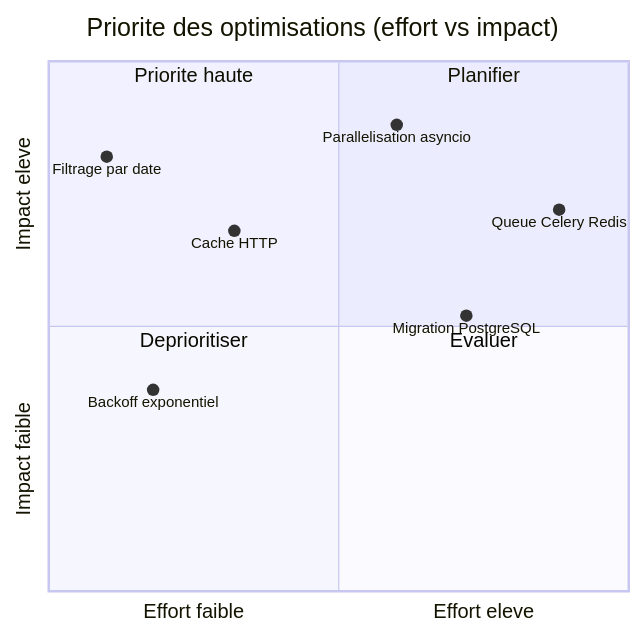
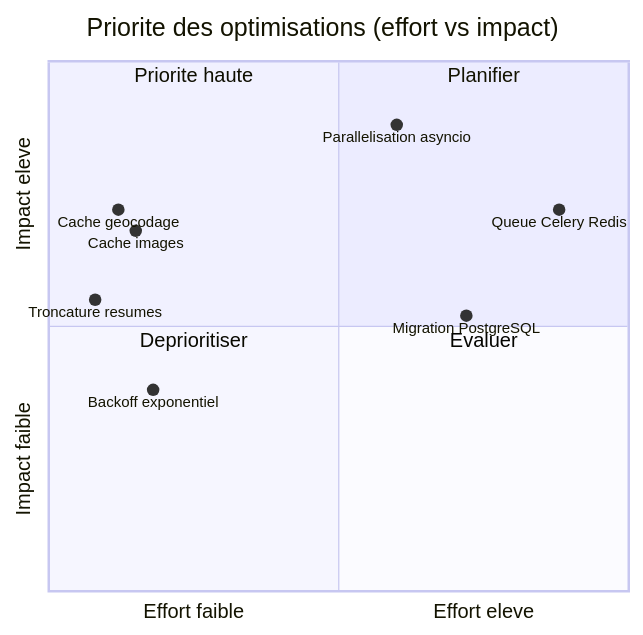
One commit to pat-the-geek/AnalyseActualites changed the tenth of 11 diagrams in docs/ARCHITECTURE.md. Above: the diagram before and after it, drawn with Mermaid. The commit also changed other lines of this file, not shown here.

First line of the commit message:
docs: mise à jour ARCHITECTURE.md v4.0 (mars 2026)

````diff
--- a/docs/ARCHITECTURE.md
+++ b/docs/ARCHITECTURE.md
@@ -491,16 +840,17 @@
 ```mermaid
 quadrantChart
     title Priorite des optimisations (effort vs impact)
     x-axis Effort faible --> Effort eleve
     y-axis Impact faible --> Impact eleve
     quadrant-1 Planifier
     quadrant-2 Priorite haute
     quadrant-3 Deprioritiser
     quadrant-4 Evaluer
-    Filtrage par date: [0.10, 0.82]
-    Cache HTTP: [0.32, 0.68]
+    Cache geocodage: [0.12, 0.72]
+    Cache images: [0.15, 0.68]
+    Troncature resumes: [0.08, 0.55]
     Backoff exponentiel: [0.18, 0.38]
     Parallelisation asyncio: [0.60, 0.88]
     Migration PostgreSQL: [0.72, 0.52]
     Queue Celery Redis: [0.88, 0.72]
 ```
````
